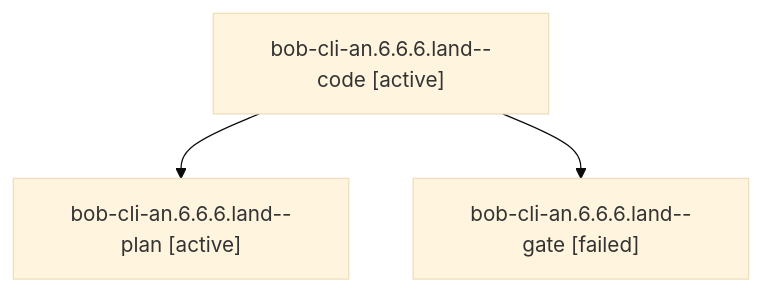
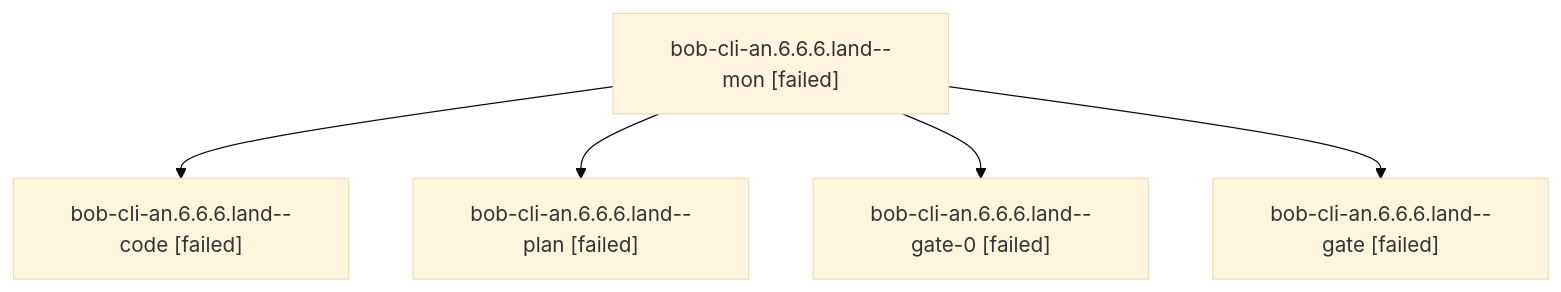
Before and after one commit to bobs-org/bob-cli--agents: the diagram in sessions/bbugyi200.athena.bob-cli-an.6.6.6.land.md, drawn with Mermaid (base theme). The commit also changed other lines of this file and 149 other files, not shown here.

````diff
--- a/sessions/bbugyi200.athena.bob-cli-an.6.6.6.land.md
+++ b/sessions/bbugyi200.athena.bob-cli-an.6.6.6.land.md
@@ -9,8 +9,12 @@
 ```mermaid
 flowchart TD
-  n0["bob-cli-an.6.6.6.land--code [active]"]
-  n1["bob-cli-an.6.6.6.land--plan [active]"]
+  n0["bob-cli-an.6.6.6.land--mon [failed]"]
+  n1["bob-cli-an.6.6.6.land--code [failed]"]
   n0 --> n1
-  n2["bob-cli-an.6.6.6.land--gate [failed]"]
+  n2["bob-cli-an.6.6.6.land--plan [failed]"]
   n0 --> n2
+  n3["bob-cli-an.6.6.6.land--gate-0 [failed]"]
+  n0 --> n3
+  n4["bob-cli-an.6.6.6.land--gate [failed]"]
+  n0 --> n4
 ```
````
